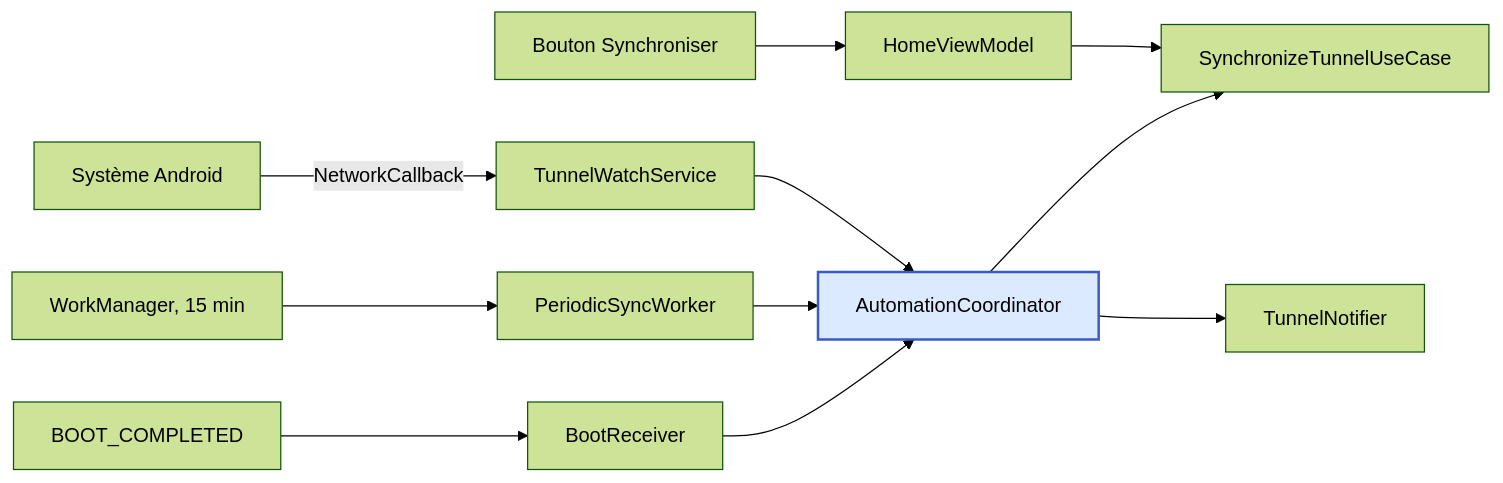
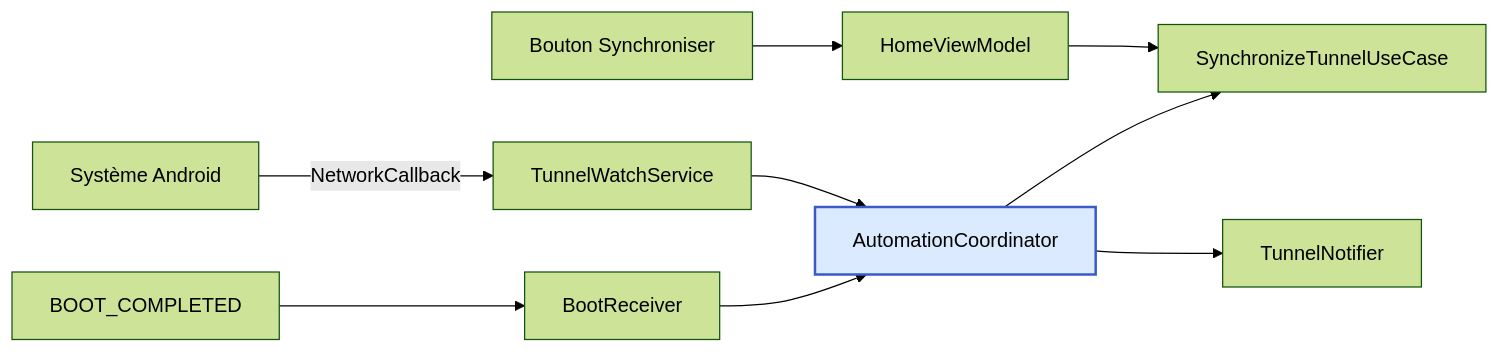
One commit to c4software/tailscale-auto-rules changed the fourth of 4 diagrams in ARCHITECTURE.md. Above: the diagram before and after it, drawn with Mermaid (forest theme). The commit also changed other lines of this file and 30 other files, not shown here.

````diff
--- a/ARCHITECTURE.md
+++ b/ARCHITECTURE.md
@@ -410,16 +410,14 @@
 ```mermaid
 graph LR
     S["Système Android"] -->|NetworkCallback| SV["TunnelWatchService"]
-    W["WorkManager, 15 min"] --> PW["PeriodicSyncWorker"]
     B["BOOT_COMPLETED"] --> BR["BootReceiver"]
     U["Bouton Synchroniser"] --> VM["HomeViewModel"]
 
     SV --> C["AutomationCoordinator"]
-    PW --> C
     BR --> C
     VM --> UC["SynchronizeTunnelUseCase"]
     C --> UC
     C --> N["TunnelNotifier"]
 
     style C fill:#dbeafe,stroke:#3a5bc7,stroke-width:2px
 ```
````
